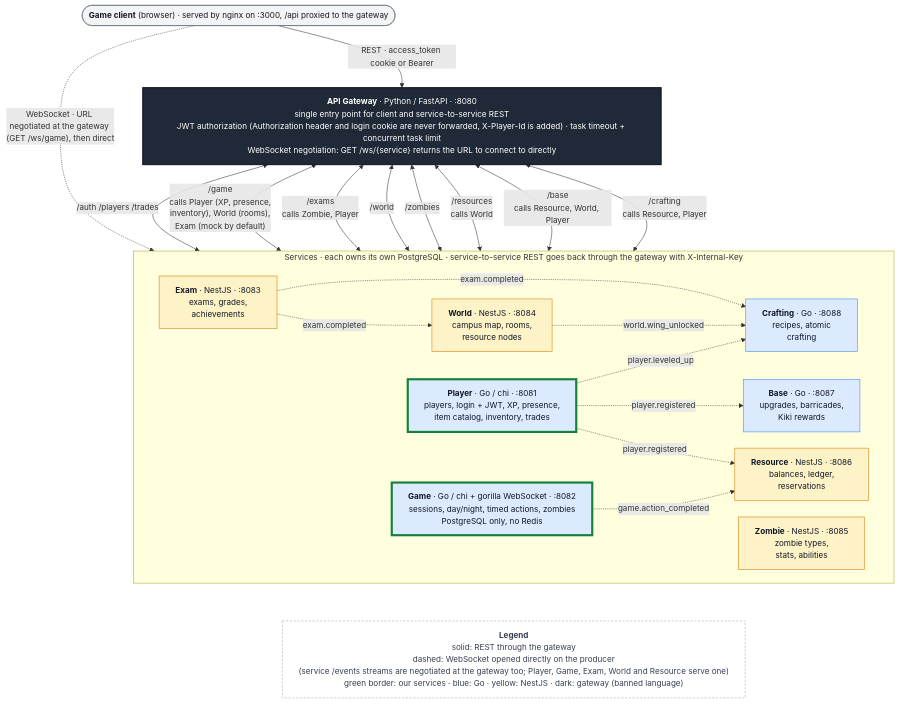
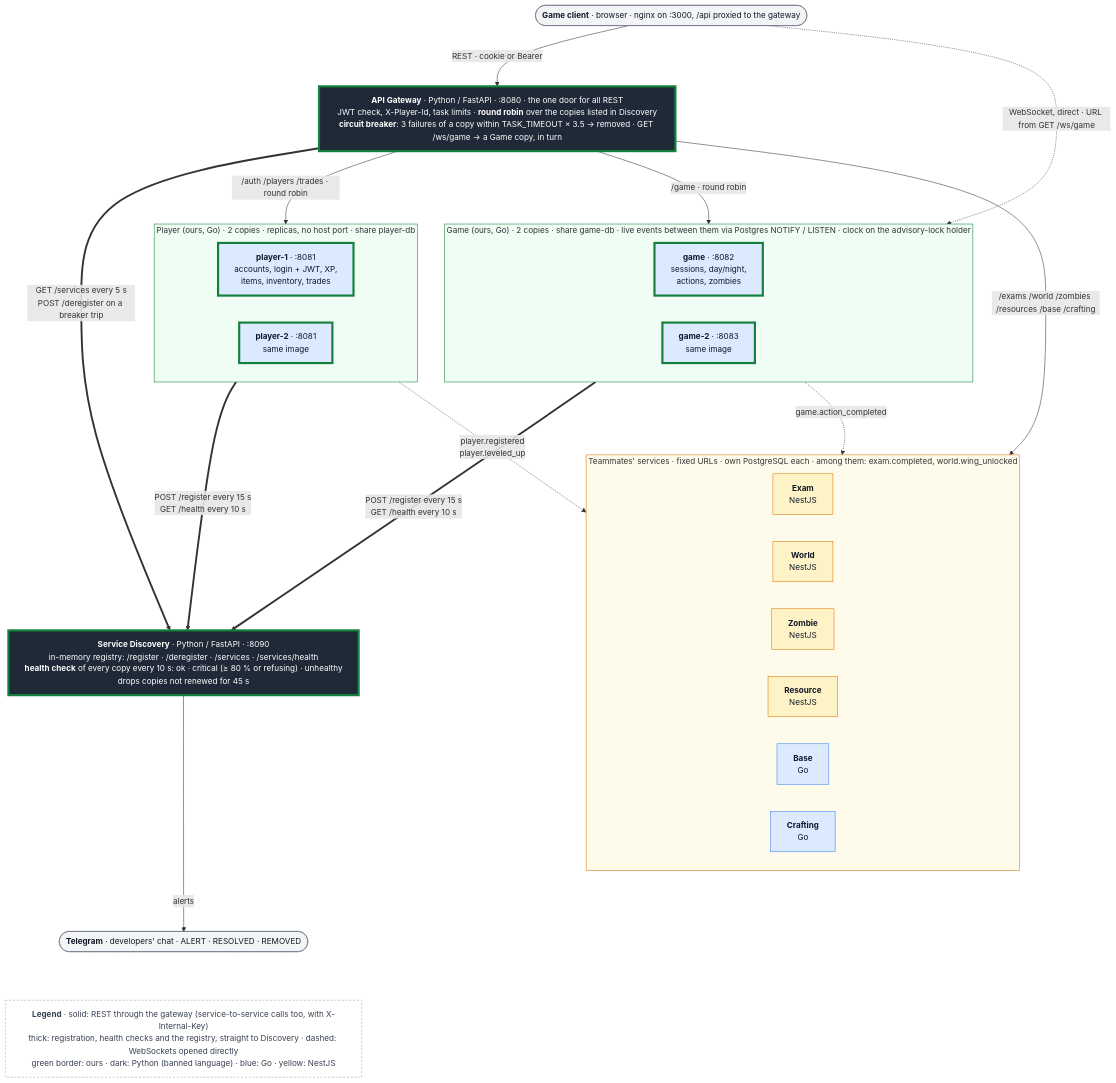
Before and after one commit to fish30008/in-kahoots-with-the-undead: the diagram in architecture.mmd, drawn with Mermaid. The commit also changed 4 other files, not shown here.

Commit message:
lab 3 architecture diagram, file map, postman token fix

```diff
--- a/architecture.mmd
+++ b/architecture.mmd
@@ -1,56 +1,73 @@
 %% Source of architecture.png. Render with:
 %%   npx -p @mermaid-js/mermaid-cli mmdc -i architecture.mmd -o architecture.png -s 2 -b white
-%%{init: {"flowchart": {"wrappingWidth": 900, "nodeSpacing": 30, "rankSpacing": 70}, "themeVariables": {"fontSize": "15px"}}}%%
+%%{init: {"flowchart": {"wrappingWidth": 600, "nodeSpacing": 50, "rankSpacing": 90}, "themeVariables": {"fontSize": "15px"}}}%%
 flowchart TB
-    client(["<b>Game client</b> (browser) · served by nginx on :3000, /api proxied to the gateway"])
+    %% ranks, top to bottom: browser, gateway, our services, then the teammates and Discovery side by side, Telegram
 
-    gateway["<b>API Gateway</b> · Python / FastAPI · :8080<br/>single entry point for client and service-to-service REST<br/>JWT authorization (Authorization header and login cookie are never forwarded, X-Player-Id is added) · task timeout + concurrent task limit<br/>WebSocket negotiation: GET /ws/{service} returns the URL to connect to directly"]
+    client(["<b>Game client</b> · browser · nginx on :3000, /api proxied to the gateway"])
 
-    client -- "REST · access_token cookie or Bearer" --> gateway
-    client -. "WebSocket · URL negotiated at the gateway (GET /ws/game), then direct" .-> game
+    gateway["<b>API Gateway</b> · Python / FastAPI · :8080 · the one door for all REST<br/>JWT check, X-Player-Id, task limits · <b>round robin</b> over the copies listed in Discovery<br/><b>circuit breaker</b>: 3 failures of a copy within TASK_TIMEOUT × 3.5 → removed · GET /ws/game → a Game copy, in turn"]
 
-    subgraph services["Services · each owns its own PostgreSQL · service-to-service REST goes back through the gateway with X-Internal-Key"]
+    subgraph playercopies["Player (ours, Go) · 2 copies · replicas, no host port · share player-db"]
         direction LR
-        player["<b>Player</b> · Go / chi · :8081<br/>players, login + JWT, XP, presence,<br/>item catalog, inventory, trades"]
-        game["<b>Game</b> · Go / chi + gorilla WebSocket · :8082<br/>sessions, day/night, timed actions, zombies<br/>PostgreSQL only, no Redis"]
-        exam["<b>Exam</b> · NestJS · :8083<br/>exams, grades,<br/>achievements"]
-        world["<b>World</b> · NestJS · :8084<br/>campus map, rooms,<br/>resource nodes"]
-        zombie["<b>Zombie</b> · NestJS · :8085<br/>zombie types,<br/>stats, abilities"]
-        resource["<b>Resource</b> · NestJS · :8086<br/>balances, ledger,<br/>reservations"]
-        base["<b>Base</b> · Go · :8087<br/>upgrades, barricades,<br/>Kiki rewards"]
-        crafting["<b>Crafting</b> · Go · :8088<br/>recipes, atomic<br/>crafting"]
+        player1["<b>player-1</b> · :8081<br/>accounts, login + JWT, XP,<br/>items, inventory, trades"]
+        player2["<b>player-2</b> · :8081<br/>same image"]
     end
 
-    gateway <-- "/auth /players /trades" --> player
-    gateway <-- "/game<br/>calls Player (XP, presence,<br/>inventory), World (rooms),<br/>Exam (mock by default)" --> game
-    gateway <-- "/exams<br/>calls Zombie, Player" --> exam
-    gateway <-- "/world" --> world
-    gateway <-- "/zombies" --> zombie
-    gateway <-- "/resources<br/>calls World" --> resource
-    gateway <-- "/base<br/>calls Resource, World, Player" --> base
-    gateway <-- "/crafting<br/>calls Resource, Player" --> crafting
+    subgraph gamecopies["Game (ours, Go) · 2 copies · share game-db · live events between them via Postgres NOTIFY / LISTEN · clock on the advisory-lock holder"]
+        direction LR
+        game1["<b>game</b> · :8082<br/>sessions, day/night,<br/>actions, zombies"]
+        game2["<b>game-2</b> · :8083<br/>same image"]
+    end
 
-    exam -. "exam.completed" .-> world
-    exam -. "exam.completed" .-> crafting
-    world -. "world.wing_unlocked" .-> crafting
-    player -. "player.registered" .-> base
-    player -. "player.leveled_up" .-> crafting
-    player -. "player.registered" .-> resource
-    game -. "game.action_completed" .-> resource
+    subgraph team["Teammates' services · fixed URLs · own PostgreSQL each · among them: exam.completed, world.wing_unlocked"]
+        direction LR
+        exam["<b>Exam</b><br/>NestJS"]
+        world["<b>World</b><br/>NestJS"]
+        zombie["<b>Zombie</b><br/>NestJS"]
+        resource["<b>Resource</b><br/>NestJS"]
+        base["<b>Base</b><br/>Go"]
+        crafting["<b>Crafting</b><br/>Go"]
+    end
 
-    legend["<b>Legend</b><br/>solid: REST through the gateway<br/>dashed: WebSocket opened directly on the producer<br/>(service /events streams are negotiated at the gateway too; Player, Game, Exam, World and Resource serve one)<br/>green border: our services · blue: Go · yellow: NestJS · dark: gateway (banned language)"]
-    services ~~~ legend
+    discovery["<b>Service Discovery</b> · Python / FastAPI · :8090<br/>in-memory registry: /register · /deregister · /services · /services/health<br/><b>health check</b> of every copy every 10 s: ok · critical (≥ 80 % or refusing) · unhealthy<br/>drops copies not renewed for 45 s"]
 
-    classDef gw fill:#1f2937,color:#ffffff,stroke:#111827,stroke-width:2px
+    telegram(["<b>Telegram</b> · developers' chat · ALERT · RESOLVED · REMOVED"])
+
+    %% browser
+    client -- "REST · cookie or Bearer" --> gateway
+    client -. "WebSocket, direct · URL from GET /ws/game" .-> gamecopies
+
+    %% REST through the gateway
+    gateway -- "/auth /players /trades · round robin" --> playercopies
+    gateway -- "/game · round robin" --> gamecopies
+    gateway -- "/exams /world /zombies /resources /base /crafting" --> team
+
+    %% control plane, straight to Discovery
+    playercopies == "POST /register every 15 s<br/>GET /health every 10 s" ==> discovery
+    gamecopies == "POST /register every 15 s<br/>GET /health every 10 s" ==> discovery
+    gateway == "GET /services every 5 s<br/>POST /deregister on a breaker trip" ==> discovery
+    discovery -- "alerts" --> telegram
+
+    %% events for other services (/events WebSockets)
+    playercopies -. "player.registered<br/>player.leveled_up" .-> team
+    gamecopies -. "game.action_completed" .-> team
+
+    legend["<b>Legend</b> · solid: REST through the gateway (service-to-service calls too, with X-Internal-Key)<br/>thick: registration, health checks and the registry, straight to Discovery · dashed: WebSockets opened directly<br/>green border: ours · dark: Python (banned language) · blue: Go · yellow: NestJS"]
+    telegram ~~~ legend
+
+    classDef py fill:#1f2937,color:#ffffff,stroke:#15803d,stroke-width:4px
+    classDef mineGo fill:#dbeafe,stroke:#15803d,stroke-width:4px,color:#111827
     classDef go fill:#dbeafe,stroke:#3b82f6,color:#111827
     classDef ts fill:#fef3c7,stroke:#d97706,color:#111827
-    classDef mineGo fill:#dbeafe,stroke:#15803d,stroke-width:4px,color:#111827
     classDef ext fill:#f3f4f6,stroke:#6b7280,color:#111827
     classDef note fill:#ffffff,stroke:#9ca3af,color:#374151,stroke-dasharray:4 3
-    class gateway gw
+    class gateway,discovery py
+    class player1,player2,game1,game2 mineGo
     class base,crafting go
     class exam,world,zombie,resource ts
-    class player mineGo
-    class game mineGo
-    class client ext
+    class client,telegram ext
     class legend note
+    style playercopies fill:#f0fdf4,stroke:#15803d
+    style gamecopies fill:#f0fdf4,stroke:#15803d
+    style team fill:#fffbeb,stroke:#d97706
```
